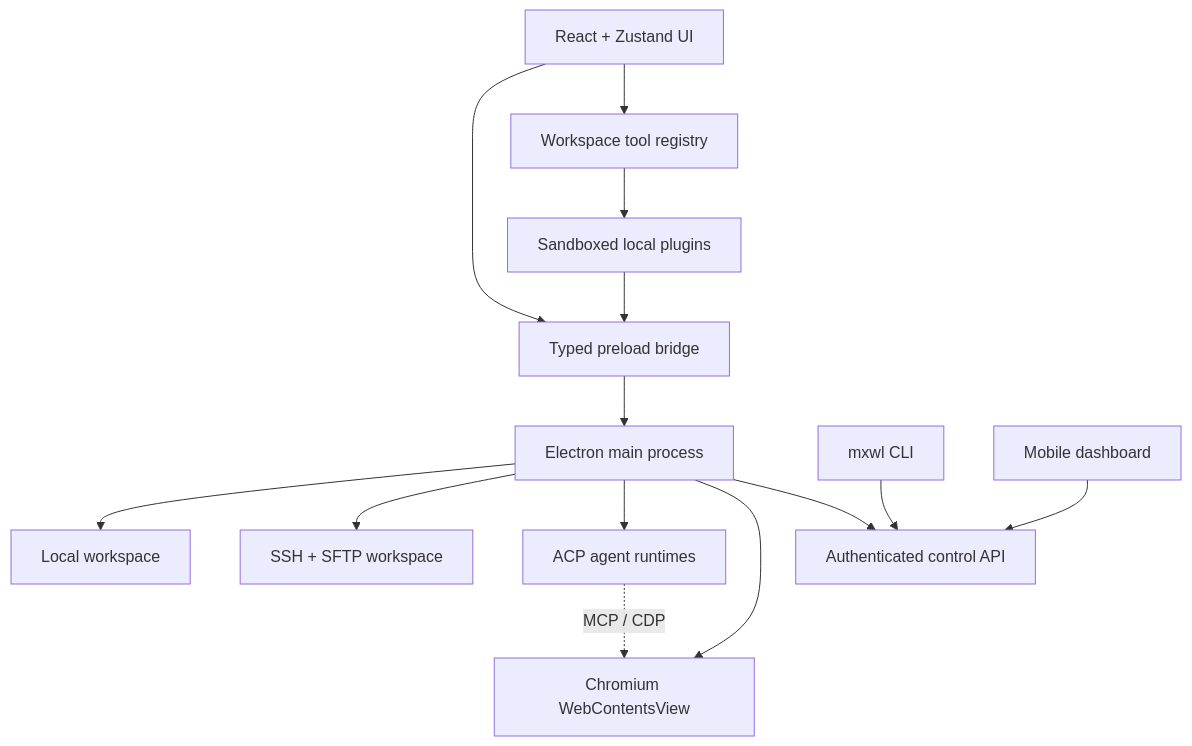
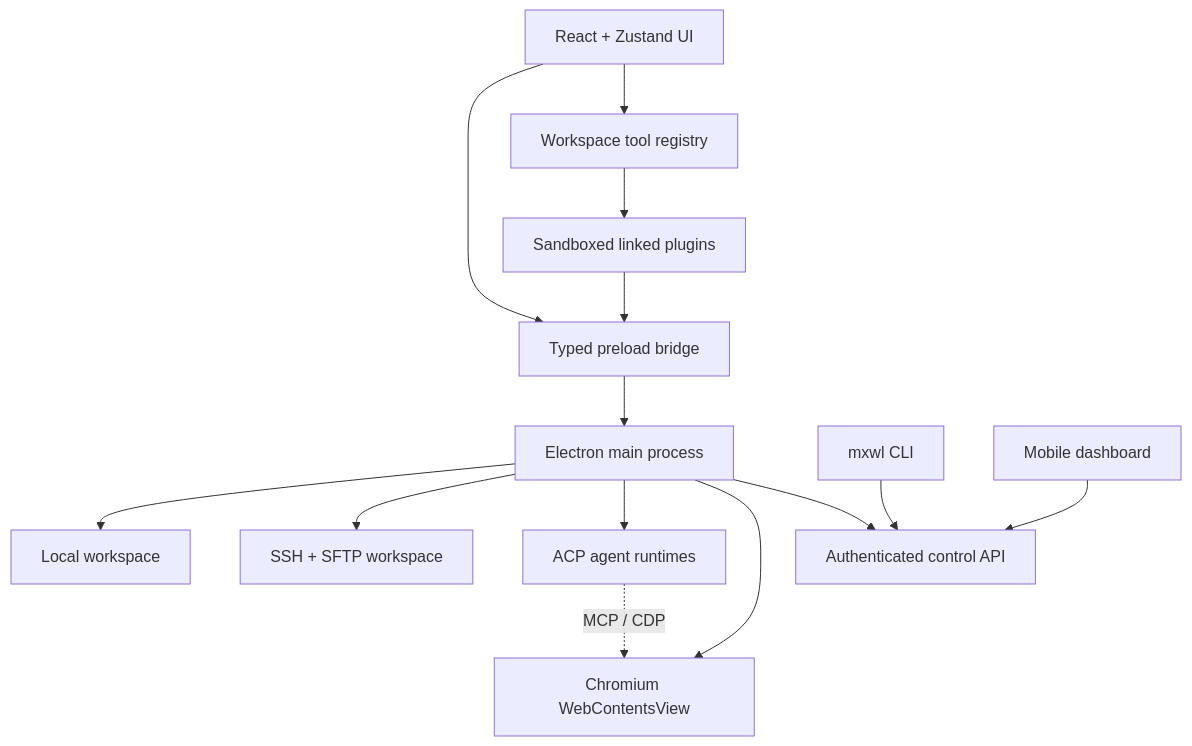
The second of 2 diagrams in README.md (KerryRitter/mxwl-editor), drawn with Mermaid before and after one commit. The commit also changed other lines of this file and 22 other files, not shown here.

Commit message:
feat(plugins): add linked plugin SDK

````diff
--- a/README.md
+++ b/README.md
@@ -278,16 +300,16 @@
 ```mermaid
 flowchart TB
     UI[React + Zustand UI] --> PRELOAD[Typed preload bridge]
     PRELOAD --> MAIN[Electron main process]
     UI --> PLUGINS[Workspace tool registry]
-    PLUGINS --> SANDBOX[Sandboxed local plugins]
+    PLUGINS --> SANDBOX[Sandboxed linked plugins]
     SANDBOX --> PRELOAD
     MAIN --> LOCAL[Local workspace]
     MAIN --> SSH[SSH + SFTP workspace]
     MAIN --> ACP[ACP agent runtimes]
     MAIN --> WEB[Chromium WebContentsView]
     MAIN --> CONTROL[Authenticated control API]
     CLI[mxwl CLI] --> CONTROL
     MOBILE[Mobile dashboard] --> CONTROL
     ACP -. MCP / CDP .-> WEB
 ```
````
